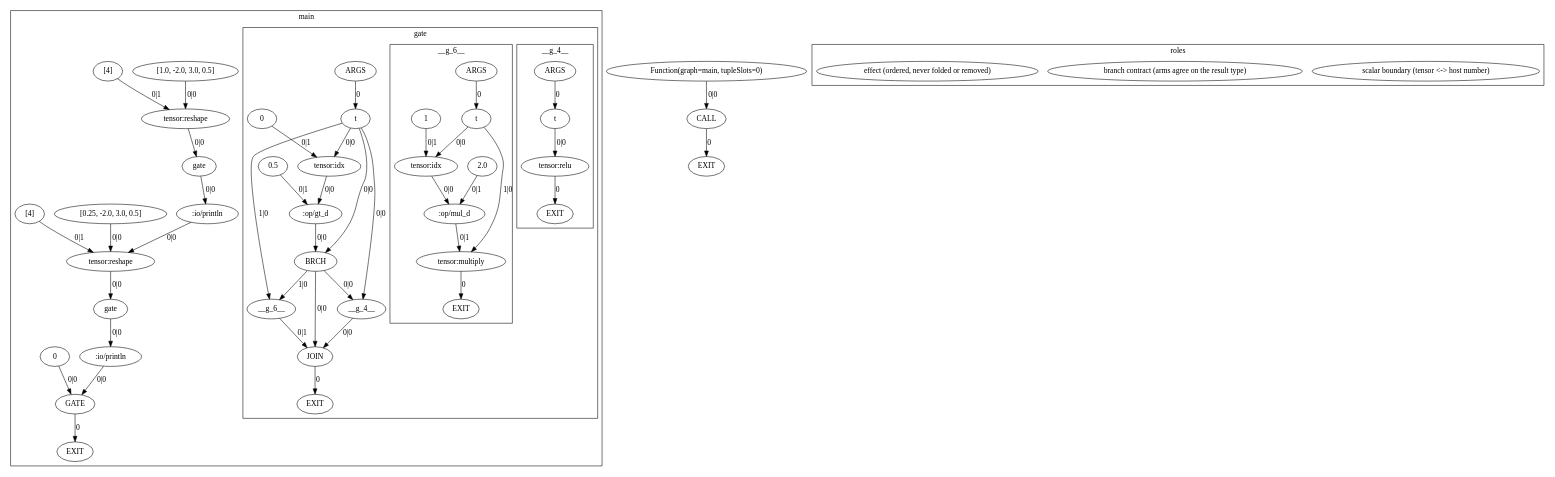
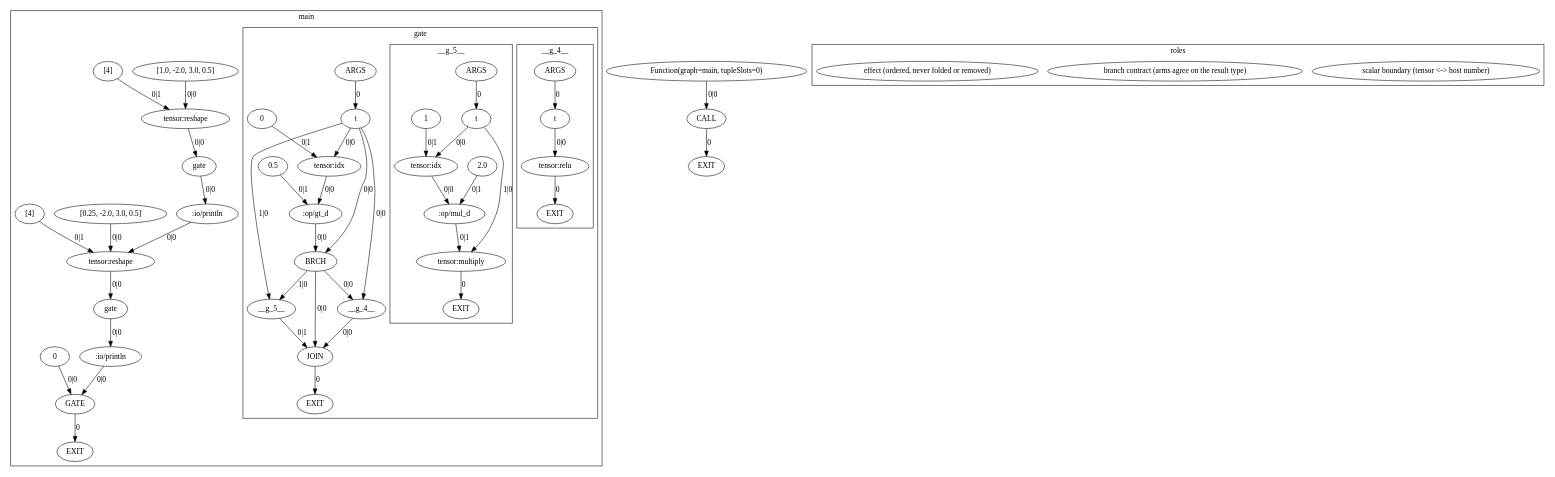
One commit to OpenCML/Camel changed the diagram in exemplars/01_scalar_boundary/expected/dump.agir.dot. Above: the diagram before and after it, drawn with Graphviz. The commit also changed 10 other files, not shown here.

```diff
--- a/exemplars/01_scalar_boundary/expected/dump.agir.dot
+++ b/exemplars/01_scalar_boundary/expected/dump.agir.dot
@@ -1,99 +1,99 @@
 digraph GraphIR {
     subgraph cluster_F01 {
         label="main";
         subgraph cluster_F02 {
             label="gate";
             subgraph cluster_F03 {
                 label="__g_4__";
                 F03 [label="ARGS", type="ARGS"];
                 O03 [label="EXIT", type="EXIT"];
                 N00 [label="t", type="PORT", param_name="t", param_kind="capture", param_index="0", value_type="Tensor"];
                 N01 [label="tensor:relu", type="OPER", origin=206, span="11:30-11:34", srcfile="exemplars/01_scalar_boundary/program.cml", value_type="Tensor"];
                 F03 -> N00 [label="0", type="WITH_PORT"];
                 N01 -> O03 [label="0", type="EXIT"];
                 N00 -> N01 [label="0|0", type="NORM"];
             }
             subgraph cluster_F04 {
-                label="__g_6__";
+                label="__g_5__";
                 F04 [label="ARGS", type="ARGS"];
                 O04 [label="EXIT", type="EXIT"];
                 N02 [label="t", type="PORT", param_name="t", param_kind="capture", param_index="0", value_type="Tensor"];
                 N03 [label="1", type="DATA", origin=211, span="11:50-11:51", srcfile="exemplars/01_scalar_boundary/program.cml", value_type="int"];
                 N04 [label="tensor:idx", type="OPER", role="scalar-boundary", origin=212, span="11:49-11:50", srcfile="exemplars/01_scalar_boundary/program.cml", value_type="float"];
                 N05 [label="2.0", type="DATA", origin=213, span="11:55-11:58", srcfile="exemplars/01_scalar_boundary/program.cml", value_type="float"];
                 N06 [label=":op/mul_d", type="OPER", origin=214, span="11:53-11:54", srcfile="exemplars/01_scalar_boundary/program.cml", value_type="float"];
                 N07 [label="tensor:multiply", type="OPER", role="scalar-boundary", origin=215, span="11:45-11:46", srcfile="exemplars/01_scalar_boundary/program.cml", value_type="Tensor"];
                 F04 -> N02 [label="0", type="WITH_PORT"];
                 N07 -> O04 [label="0", type="EXIT"];
                 N02 -> N04 [label="0|0", type="NORM"];
                 N03 -> N04 [label="0|1", type="NORM"];
                 N04 -> N06 [label="0|0", type="NORM"];
                 N05 -> N06 [label="0|1", type="NORM"];
                 N02 -> N07 [label="1|0", type="NORM"];
                 N06 -> N07 [label="0|1", type="NORM"];
             }
             F02 [label="ARGS", type="ARGS"];
             O02 [label="EXIT", type="EXIT"];
             N08 [label="t", type="PORT", param_name="t", param_kind="normal", param_index="0", value_type="Tensor"];
             N09 [label="0", type="DATA", origin=198, span="11:16-11:17", srcfile="exemplars/01_scalar_boundary/program.cml", value_type="int"];
             N0A [label="tensor:idx", type="OPER", role="scalar-boundary", origin=199, span="11:15-11:16", srcfile="exemplars/01_scalar_boundary/program.cml", value_type="float"];
             N0B [label="0.5", type="DATA", origin=200, span="11:21-11:24", srcfile="exemplars/01_scalar_boundary/program.cml", value_type="float"];
             N0C [label=":op/gt_d", type="OPER", origin=201, span="11:19-11:20", srcfile="exemplars/01_scalar_boundary/program.cml", value_type="bool"];
             N0D [label="JOIN", type="JOIN", role="branch-contract", origin=203, span="11:11-11:59", srcfile="exemplars/01_scalar_boundary/program.cml", value_type="Tensor"];
             N0E [label="BRCH", type="BRCH", origin=202, span="11:11-11:59", srcfile="exemplars/01_scalar_boundary/program.cml", value_type="int"];
             N0F [label="__g_4__", type="FUNC", origin=204, span="11:30-11:37", srcfile="exemplars/01_scalar_boundary/program.cml", value_type="Tensor"];
-            N10 [label="__g_6__", type="FUNC", origin=207, span="11:43-11:59", srcfile="exemplars/01_scalar_boundary/program.cml", value_type="Tensor"];
+            N10 [label="__g_5__", type="FUNC", origin=207, span="11:43-11:59", srcfile="exemplars/01_scalar_boundary/program.cml", value_type="Tensor"];
             F02 -> N08 [label="0", type="NORM_PORT"];
             N0D -> O02 [label="0", type="EXIT"];
             N08 -> N0A [label="0|0", type="NORM"];
             N09 -> N0A [label="0|1", type="NORM"];
             N0A -> N0C [label="0|0", type="NORM"];
             N0B -> N0C [label="0|1", type="NORM"];
             N0F -> N0D [label="0|0", type="WITH"];
             N10 -> N0D [label="0|1", type="WITH"];
             N0E -> N0D [label="0|0", type="NORM"];
             N0C -> N0E [label="0|0", type="NORM"];
             N08 -> N0E [label="0|0", type="CTRL"];
             N08 -> N0F [label="0|0", type="WITH"];
             N0E -> N0F [label="0|0", type="CTRL"];
             N08 -> N10 [label="1|0", type="WITH"];
             N0E -> N10 [label="1|0", type="CTRL"];
         }
         O01 [label="EXIT", type="EXIT"];
         N11 [label="[1.0, -2.0, 3.0, 0.5]", type="DATA", origin=220, span="15:25-15:46", srcfile="exemplars/01_scalar_boundary/program.cml", value_type="float[]"];
         N12 [label="[4]", type="DATA", origin=221, span="15:48-15:51", srcfile="exemplars/01_scalar_boundary/program.cml", value_type="int[]"];
         N13 [label="tensor:reshape", type="OPER", origin=222, span="15:17-15:24", srcfile="exemplars/01_scalar_boundary/program.cml", value_type="Tensor<float32, [4]>"];
         N14 [label="gate", type="FUNC", origin=223, span="15:12-15:53", srcfile="exemplars/01_scalar_boundary/program.cml", value_type="Tensor"];
         N15 [label=":io/println", type="OPER", role="effect", origin=224, span="15:4-15:11", srcfile="exemplars/01_scalar_boundary/program.cml", value_type="Tensor"];
         N16 [label="[0.25, -2.0, 3.0, 0.5]", type="DATA", origin=228, span="16:25-16:47", srcfile="exemplars/01_scalar_boundary/program.cml", value_type="float[]"];
         N17 [label="[4]", type="DATA", origin=229, span="16:49-16:52", srcfile="exemplars/01_scalar_boundary/program.cml", value_type="int[]"];
         N18 [label="tensor:reshape", type="OPER", origin=230, span="16:17-16:24", srcfile="exemplars/01_scalar_boundary/program.cml", value_type="Tensor<float32, [4]>"];
         N19 [label="gate", type="FUNC", origin=231, span="16:12-16:54", srcfile="exemplars/01_scalar_boundary/program.cml", value_type="Tensor"];
         N1A [label=":io/println", type="OPER", role="effect", origin=232, span="16:4-16:11", srcfile="exemplars/01_scalar_boundary/program.cml", value_type="Tensor"];
         N1B [label="0", type="DATA", origin=233, span="17:11-17:12", srcfile="exemplars/01_scalar_boundary/program.cml", value_type="int"];
         N1C [label="GATE", type="GATE", value_type="int"];
         N1C -> O01 [label="0", type="EXIT"];
         N11 -> N13 [label="0|0", type="NORM"];
         N12 -> N13 [label="0|1", type="NORM"];
         N13 -> N14 [label="0|0", type="NORM"];
         N14 -> N15 [label="0|0", type="NORM"];
         N16 -> N18 [label="0|0", type="NORM"];
         N17 -> N18 [label="0|1", type="NORM"];
         N15 -> N18 [label="0|0", type="CTRL"];
         N18 -> N19 [label="0|0", type="NORM"];
         N19 -> N1A [label="0|0", type="NORM"];
         N1B -> N1C [label="0|0", type="NORM"];
         N1A -> N1C [label="0|0", type="CTRL"];
     }
     O00 [label="EXIT", type="EXIT"];
     N1D [label="Function(graph=main, tupleSlots=0)", type="DATA", origin=216, span="14:0-18:1", srcfile="exemplars/01_scalar_boundary/program.cml", value_type="() => int"];
     N1E [label="CALL", type="CALL", value_type="int"];
     N1E -> O00 [label="0", type="EXIT"];
     N1D -> N1E [label="0|0", type="WITH"];
     subgraph cluster_legend {
         label="roles";
         "legend_scalar-boundary" [label="scalar boundary (tensor <-> host number)", type="LEGEND", role="scalar-boundary"];
         "legend_branch-contract" [label="branch contract (arms agree on the result type)", type="LEGEND", role="branch-contract"];
         "legend_effect" [label="effect (ordered, never folded or removed)", type="LEGEND", role="effect"];
     }
 }
```
